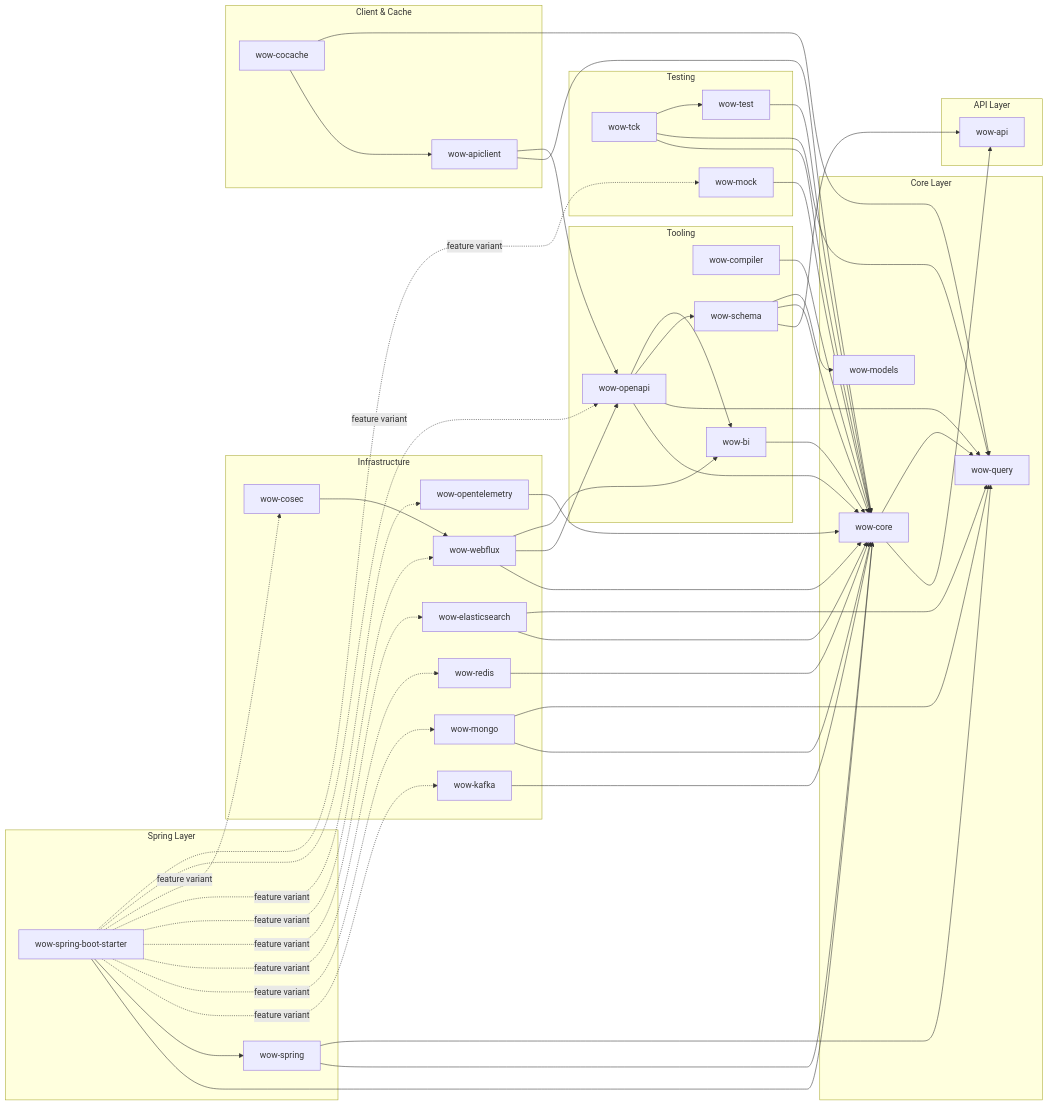
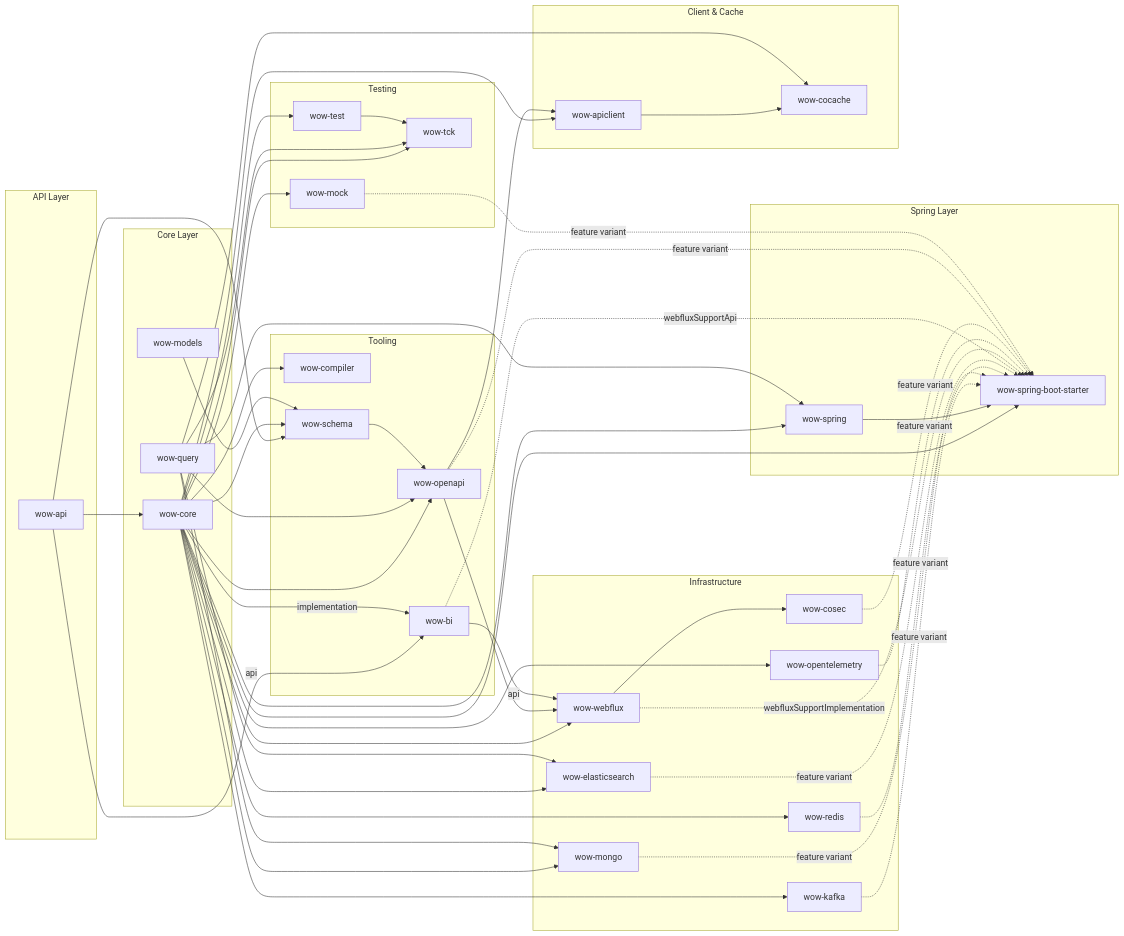
One commit to Ahoo-Wang/Wow changed the first of 3 diagrams in documentation/docs/en/guide/advanced/module-dependencies.md. Above: the diagram before and after it, drawn with Mermaid. The commit also changed other lines of this file and 12 other files, not shown here.

Commit message:
docs(bi): keep one current architecture contract

```diff
--- a/documentation/docs/en/guide/advanced/module-dependencies.md
+++ b/documentation/docs/en/guide/advanced/module-dependencies.md
@@ -84,62 +84,62 @@
     end
 
     %% Core dependencies
-    wow_core --> wow_api
-    wow_core --> wow_query
+    wow_api --> wow_core
 
     %% Tooling dependencies
-    wow_compiler --> wow_core
-    wow_schema --> wow_api
-    wow_schema --> wow_core
-    wow_schema --> wow_models
-    wow_openapi --> wow_core
-    wow_openapi --> wow_query
-    wow_openapi --> wow_schema
-    wow_openapi --> wow_bi
-    wow_bi --> wow_core
+    wow_core --> wow_compiler
+    wow_api --> wow_schema
+    wow_core --> wow_schema
+    wow_models --> wow_schema
+    wow_core --> wow_openapi
+    wow_query --> wow_openapi
+    wow_schema --> wow_openapi
+    wow_api -->|"api"| wow_bi
+    wow_core -->|"implementation"| wow_bi
 
     %% Spring dependencies
-    wow_spring --> wow_core
-    wow_spring --> wow_query
-    wow_boot --> wow_core
-    wow_boot --> wow_spring
+    wow_core --> wow_spring
+    wow_query --> wow_spring
+    wow_core --> wow_boot
+    wow_spring --> wow_boot
 
     %% Infrastructure dependencies
-    wow_kafka --> wow_core
-    wow_mongo --> wow_core
-    wow_mongo --> wow_query
-    wow_redis --> wow_core
-    wow_es --> wow_core
-    wow_es --> wow_query
-    wow_webflux --> wow_core
-    wow_webflux --> wow_openapi
-    wow_webflux --> wow_bi
-    wow_otel --> wow_core
-    wow_cosec --> wow_webflux
+    wow_core --> wow_kafka
+    wow_core --> wow_mongo
+    wow_query --> wow_mongo
+    wow_core --> wow_redis
+    wow_core --> wow_es
+    wow_query --> wow_es
+    wow_core --> wow_webflux
+    wow_openapi --> wow_webflux
+    wow_bi -->|"api"| wow_webflux
+    wow_core --> wow_otel
+    wow_webflux --> wow_cosec
 
     %% Client & cache
-    wow_apiclient --> wow_core
-    wow_apiclient --> wow_openapi
-    wow_cocache --> wow_apiclient
-    wow_cocache --> wow_query
+    wow_core --> wow_apiclient
+    wow_openapi --> wow_apiclient
+    wow_apiclient --> wow_cocache
+    wow_query --> wow_cocache
 
     %% Testing
-    wow_test --> wow_core
-    wow_tck --> wow_core
-    wow_tck --> wow_query
-    wow_tck --> wow_test
-    wow_mock --> wow_core
+    wow_core --> wow_test
+    wow_core --> wow_tck
+    wow_query --> wow_tck
+    wow_test --> wow_tck
+    wow_core --> wow_mock
 
-    %% Feature variant dependencies from wow_boot
-    wow_boot -.->|"feature variant"| wow_kafka
-    wow_boot -.->|"feature variant"| wow_mongo
-    wow_boot -.->|"feature variant"| wow_redis
-    wow_boot -.->|"feature variant"| wow_es
-    wow_boot -.->|"feature variant"| wow_webflux
-    wow_boot -.->|"feature variant"| wow_otel
-    wow_boot -.->|"feature variant"| wow_cosec
-    wow_boot -.->|"feature variant"| wow_openapi
-    wow_boot -.->|"feature variant"| wow_mock
+    %% Feature variant dependencies consumed by wow_boot
+    wow_kafka -.->|"feature variant"| wow_boot
+    wow_mongo -.->|"feature variant"| wow_boot
+    wow_redis -.->|"feature variant"| wow_boot
+    wow_es -.->|"feature variant"| wow_boot
+    wow_bi -.->|"webfluxSupportApi"| wow_boot
+    wow_webflux -.->|"webfluxSupportImplementation"| wow_boot
+    wow_otel -.->|"feature variant"| wow_boot
+    wow_cosec -.->|"feature variant"| wow_boot
+    wow_openapi -.->|"feature variant"| wow_boot
+    wow_mock -.->|"feature variant"| wow_boot
 
 
 
```
